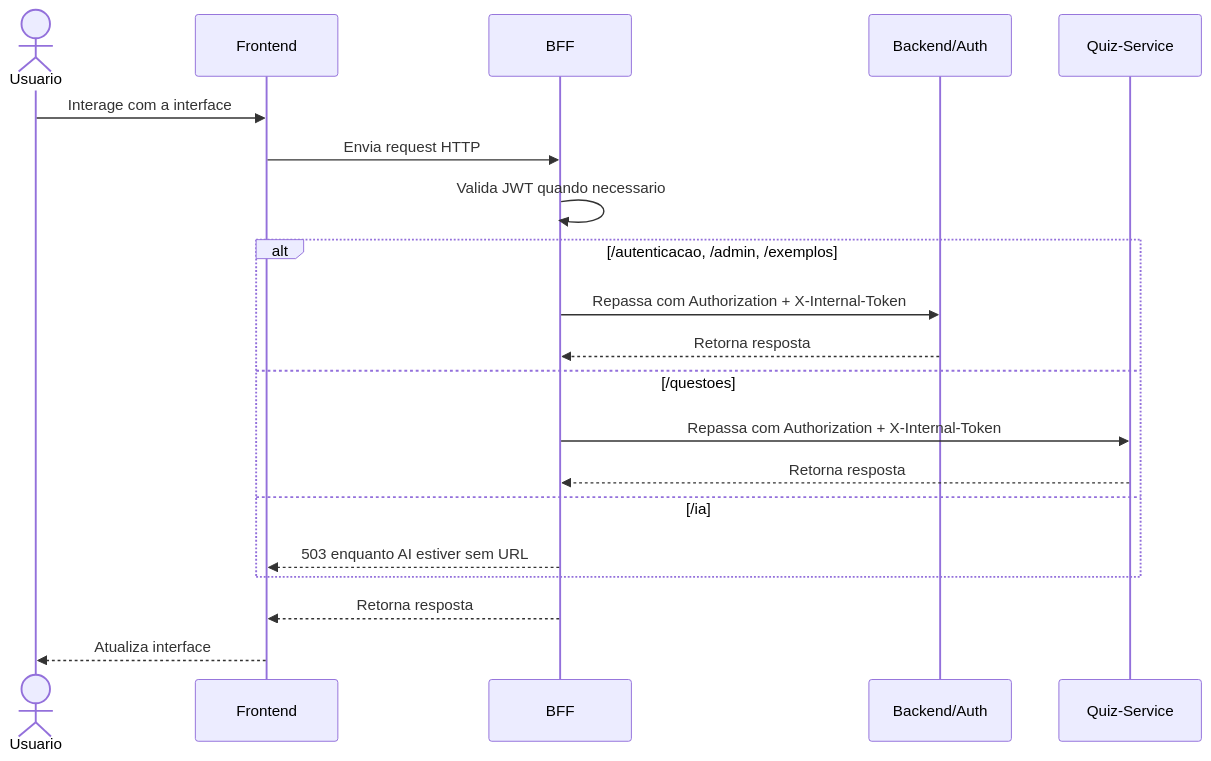
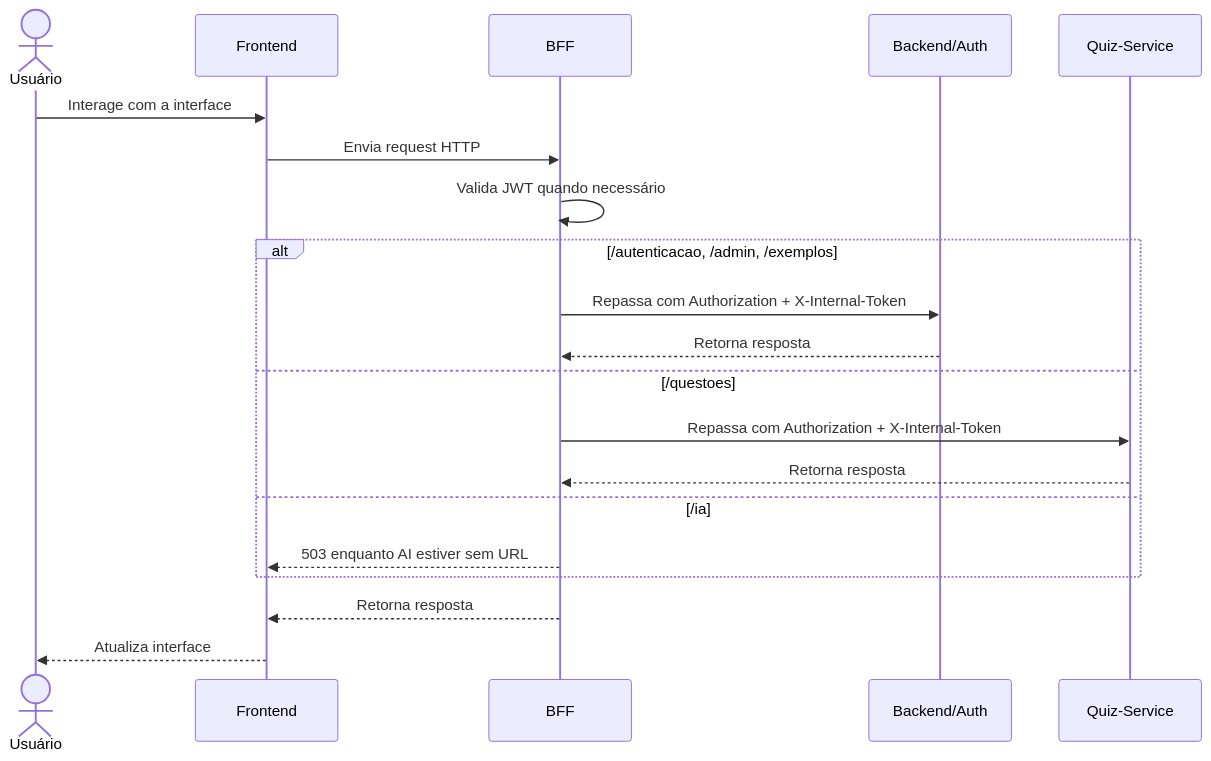
Before and after one commit to fga-eps-mds/2026-1-AnatoQuizUp-Doc: the first of 5 diagrams in docs/arquitetura/visoes/processos.md, drawn with Mermaid. The commit also changed other lines of this file and 8 other files, not shown here.

````diff
--- a/docs/arquitetura/visoes/processos.md
+++ b/docs/arquitetura/visoes/processos.md
@@ -7,23 +7,23 @@
 ```mermaid
 sequenceDiagram
-    actor Usuario
+    actor Usuario as Usuário
     participant Frontend
     participant BFF
     participant Auth as Backend/Auth
     participant Quiz as Quiz-Service
 
     Usuario->>Frontend: Interage com a interface
     Frontend->>BFF: Envia request HTTP
-    BFF->>BFF: Valida JWT quando necessario
+    BFF->>BFF: Valida JWT quando necessário
     alt /autenticacao, /admin, /exemplos
         BFF->>Auth: Repassa com Authorization + X-Internal-Token
         Auth-->>BFF: Retorna resposta
     else /questoes
         BFF->>Quiz: Repassa com Authorization + X-Internal-Token
         Quiz-->>BFF: Retorna resposta
     else /ia
         BFF-->>Frontend: 503 enquanto AI estiver sem URL
     end
     BFF-->>Frontend: Retorna resposta
     Frontend-->>Usuario: Atualiza interface
 ```
````
